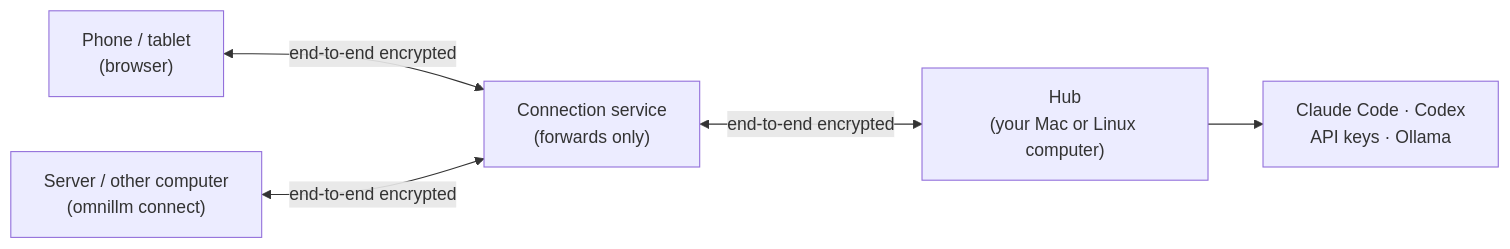
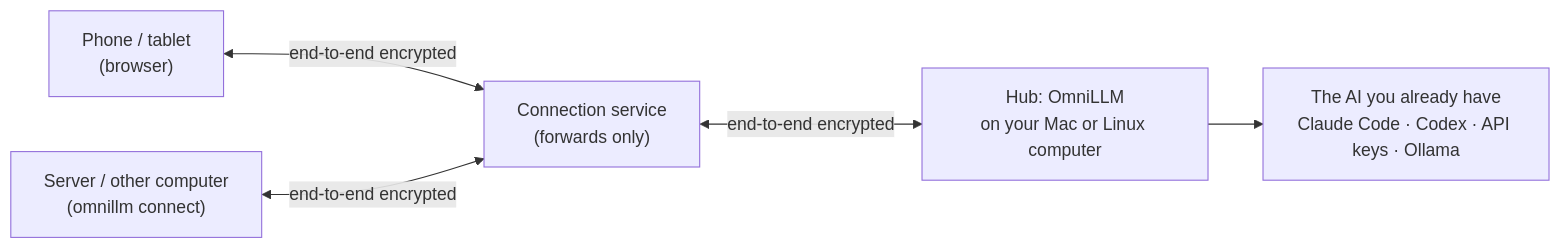
Before and after one commit to wensuper/OmniLLM: the diagram in README.md, drawn with Mermaid. The commit also changed other lines of this file and 1 other file, not shown here.

First line of the commit message:
docs: README says first what OmniLLM is and isn't — not a model, a private gateway to the AI already on your computer

````diff
--- a/README.md
+++ b/README.md
@@ -31,7 +47,7 @@
 ```mermaid
 flowchart LR
   P["Phone / tablet<br>(browser)"] <-- end-to-end encrypted --> R["Connection service<br>(forwards only)"]
   S["Server / other computer<br>(omnillm connect)"] <-- end-to-end encrypted --> R
-  R <-- end-to-end encrypted --> H["Hub<br>(your Mac or Linux computer)"]
-  H --> M["Claude Code · Codex<br>API keys · Ollama"]
+  R <-- end-to-end encrypted --> H["Hub: OmniLLM<br>on your Mac or Linux computer"]
+  H --> M["The AI you already have<br>Claude Code · Codex · API keys · Ollama"]
 ```
````
